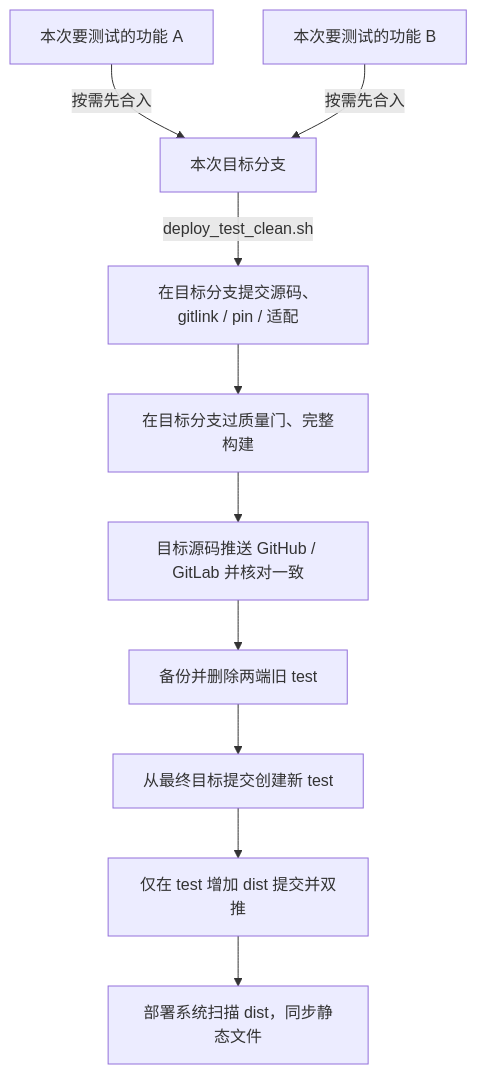
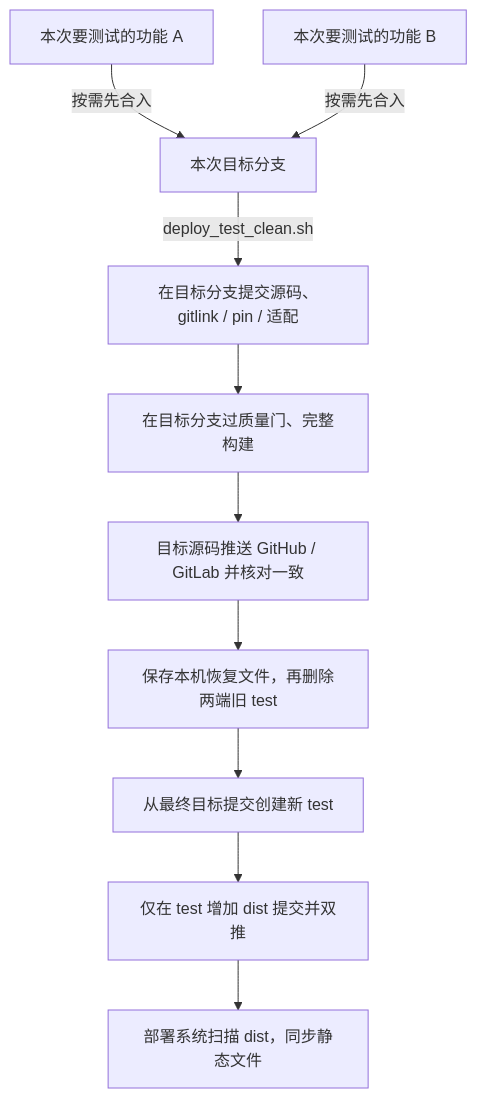
One commit to nuwax-ai/nuwax changed the second of 2 diagrams in docs/deploy-sync-test-runbook.md. Above: the diagram before and after it, drawn with Mermaid. The commit also changed other lines of this file and 4 other files, not shown here.

````diff
--- a/docs/deploy-sync-test-runbook.md
+++ b/docs/deploy-sync-test-runbook.md
@@ -31,12 +31,12 @@
 ```mermaid
 flowchart TD
   A["本次要测试的功能 A"] -->|按需先合入| T["本次目标分支"]
   B["本次要测试的功能 B"] -->|按需先合入| T
   T -->|deploy_test_clean.sh| S["在目标分支提交源码、gitlink / pin / 适配"]
   S --> G["在目标分支过质量门、完整构建"]
   G --> U["目标源码推送 GitHub / GitLab 并核对一致"]
-  U --> K["备份并删除两端旧 test"]
+  U --> K["保存本机恢复文件，再删除两端旧 test"]
   K --> N["从最终目标提交创建新 test"]
   N --> P["仅在 test 增加 dist 提交并双推"]
   P --> E["部署系统扫描 dist，同步静态文件"]
 ```
````
